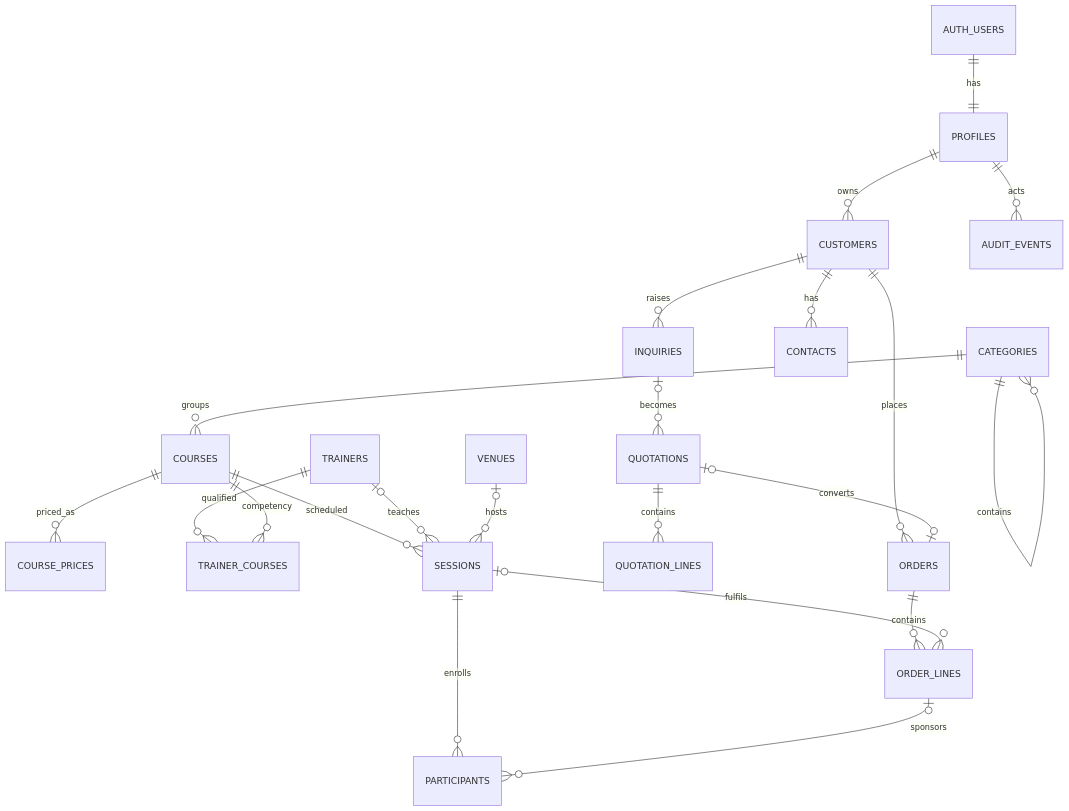
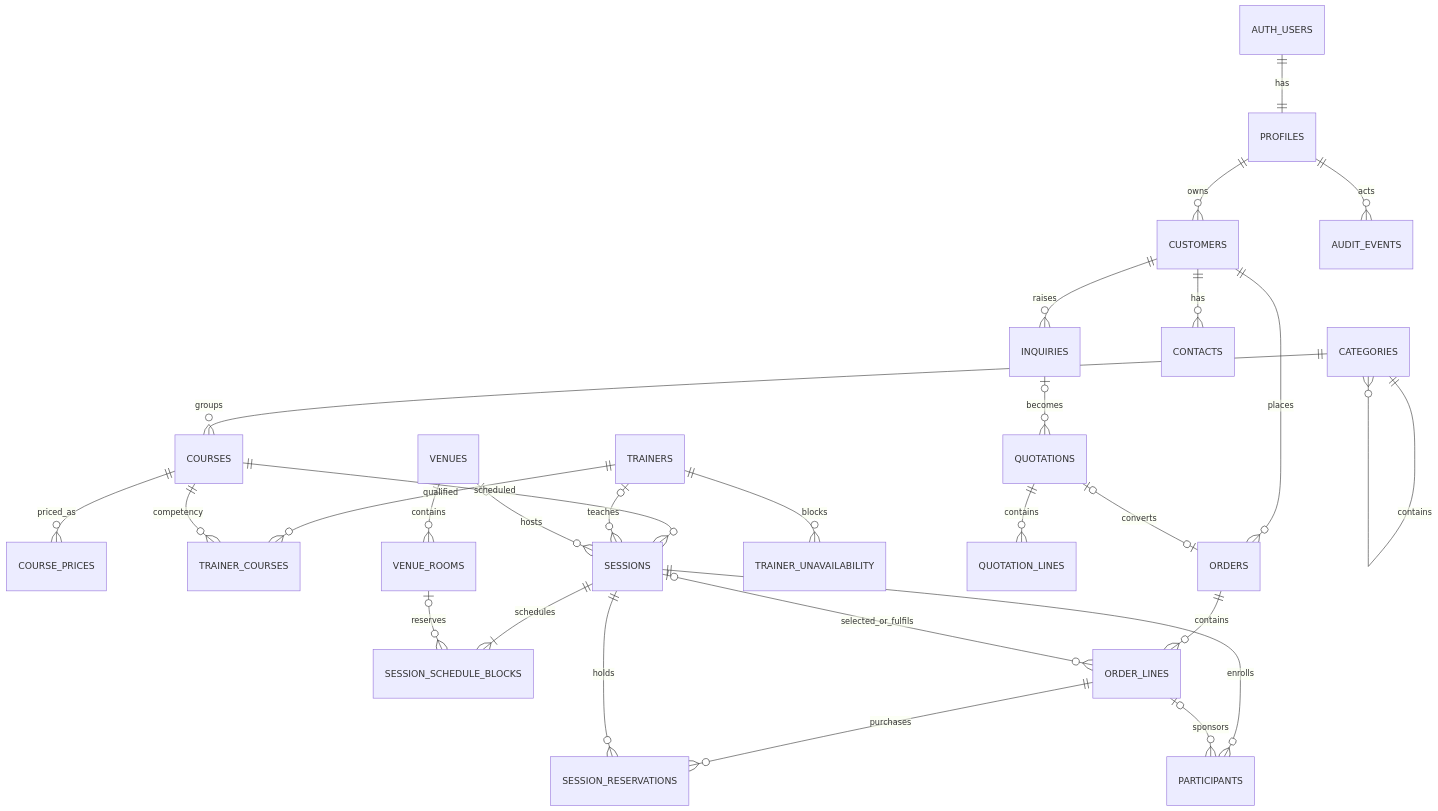
The diagram in docs/DATA-MODEL.md (galingsadodongcow/tuv-training-portal), drawn with Mermaid before and after one commit. The commit also changed other lines of this file and 61 other files, not shown here.

````diff
--- a/docs/DATA-MODEL.md
+++ b/docs/DATA-MODEL.md
@@ -10,24 +9,30 @@
 ```mermaid
 erDiagram
   AUTH_USERS ||--|| PROFILES : has
   PROFILES ||--o{ CUSTOMERS : owns
   CATEGORIES ||--o{ CATEGORIES : contains
   CATEGORIES ||--o{ COURSES : groups
   COURSES ||--o{ COURSE_PRICES : priced_as
   TRAINERS ||--o{ TRAINER_COURSES : qualified
   COURSES ||--o{ TRAINER_COURSES : competency
   COURSES ||--o{ SESSIONS : scheduled
   TRAINERS o|--o{ SESSIONS : teaches
   VENUES o|--o{ SESSIONS : hosts
+  VENUES ||--o{ VENUE_ROOMS : contains
+  TRAINERS ||--o{ TRAINER_UNAVAILABILITY : blocks
+  SESSIONS ||--|{ SESSION_SCHEDULE_BLOCKS : schedules
+  VENUE_ROOMS o|--o{ SESSION_SCHEDULE_BLOCKS : reserves
   CUSTOMERS ||--o{ CONTACTS : has
   CUSTOMERS ||--o{ INQUIRIES : raises
   INQUIRIES o|--o{ QUOTATIONS : becomes
   QUOTATIONS ||--o{ QUOTATION_LINES : contains
   CUSTOMERS ||--o{ ORDERS : places
   QUOTATIONS o|--o| ORDERS : converts
   ORDERS ||--o{ ORDER_LINES : contains
-  SESSIONS o|--o{ ORDER_LINES : fulfils
+  ORDER_LINES ||--o{ SESSION_RESERVATIONS : purchases
+  SESSIONS ||--o{ SESSION_RESERVATIONS : holds
+  SESSIONS o|--o{ ORDER_LINES : selected_or_fulfils
   SESSIONS ||--o{ PARTICIPANTS : enrolls
   ORDER_LINES o|--o{ PARTICIPANTS : sponsors
   PROFILES ||--o{ AUDIT_EVENTS : acts
 ```
````
